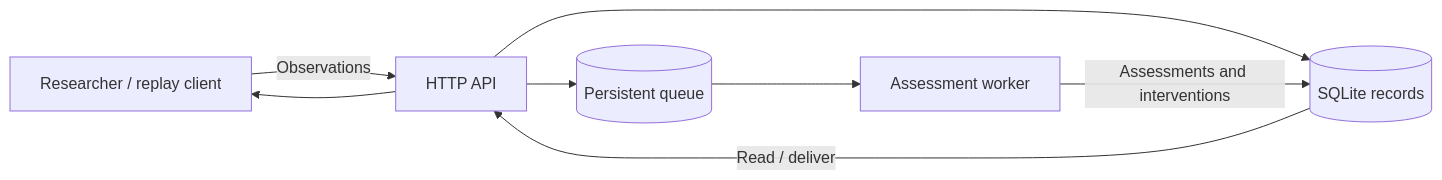
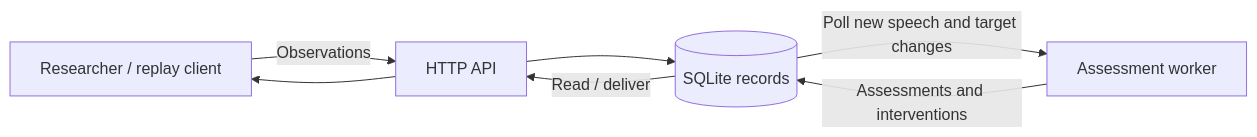
One commit to b-a-merritt/msse692 changed the diagram in README.md. Above: the diagram before and after it, drawn with Mermaid. The commit also changed other lines of this file and 90 other files, not shown here.

Commit message:
make ingestion storage-only, replace persistent queue with polling

````diff
--- a/README.md
+++ b/README.md
@@ -5,10 +5,9 @@
 ```mermaid
 flowchart LR
     C[Researcher / replay client] -->|Observations| A[HTTP API]
     A --> D[(SQLite records)]
-    A --> Q[(Persistent queue)]
-    Q --> W[Assessment worker]
+    D -->|Poll new speech and target changes| W[Assessment worker]
     W -->|Assessments and interventions| D
     D -->|Read / deliver| A
     A --> C
 ```
````
